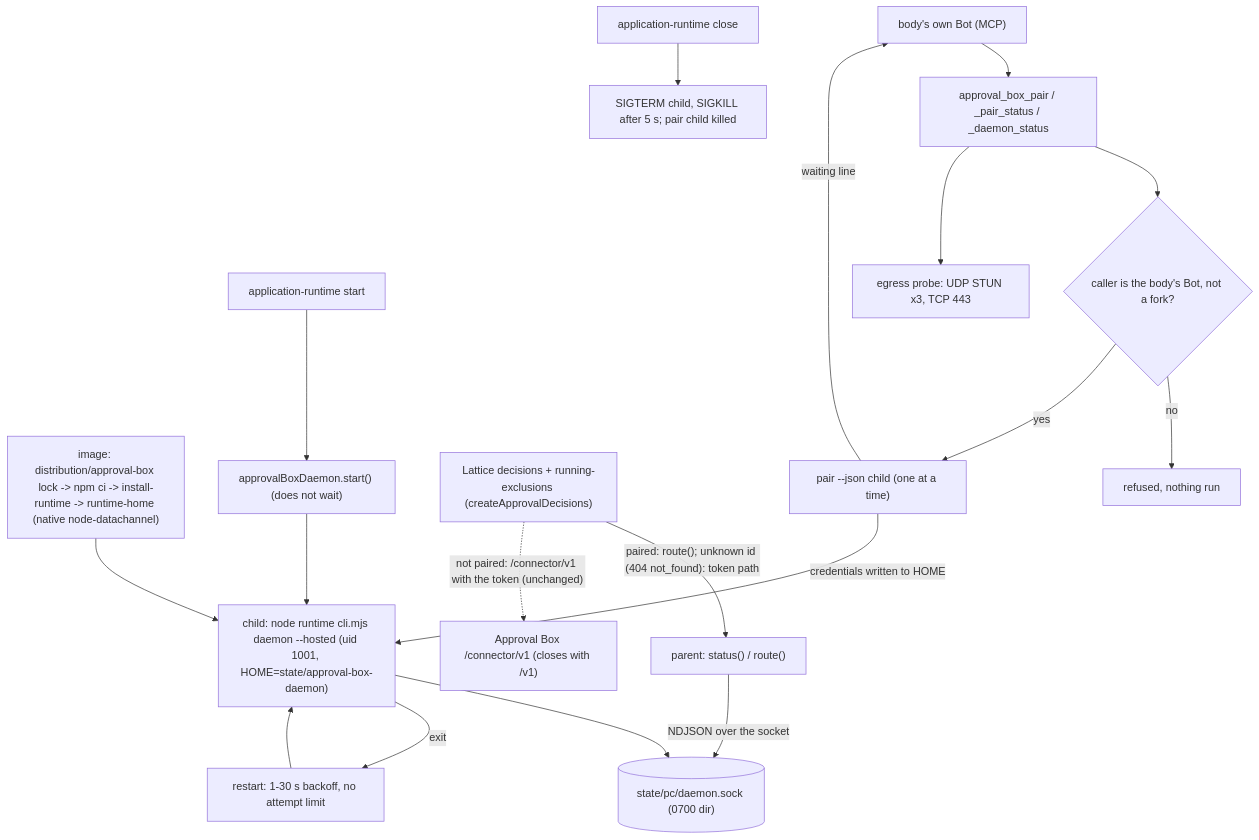
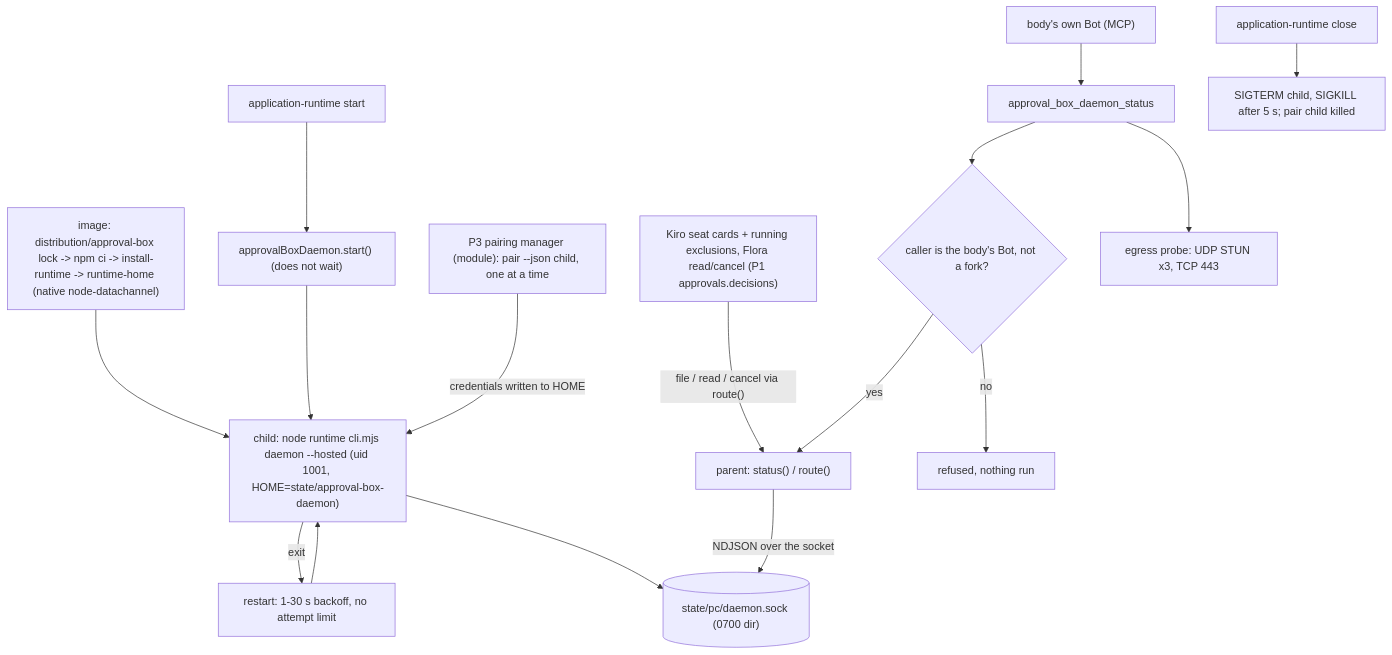
One commit to kitepon/BellTeam changed the first of 8 diagrams in docs/architecture/modules/runtime/approval-box-daemon.md. Above: the diagram before and after it, drawn with Mermaid. The commit also changed other lines of this file and 2 other files, not shown here.

First line of the commit message:
Approval Box one port, body row: retire approval_box_pair tools, runtime page follows P3 (abx-port-molly-body)

````diff
--- a/docs/architecture/modules/runtime/approval-box-daemon.md
+++ b/docs/architecture/modules/runtime/approval-box-daemon.md
@@ -19,20 +21,18 @@
 ```mermaid
 flowchart TD
   Image["image: distribution/approval-box lock -> npm ci -> install-runtime -> runtime-home (native node-datachannel)"] --> Child
   Boot["application-runtime start"] --> Start["approvalBoxDaemon.start() (does not wait)"]
   Start --> Child["child: node runtime cli.mjs daemon --hosted (uid 1001, HOME=state/approval-box-daemon)"]
   Child --> Sock[("state/pc/daemon.sock (0700 dir)")]
   Restart["restart: 1-30 s backoff, no attempt limit"] --> Child
   Child -->|exit| Restart
   Parent["parent: status() / route()"] -->|"NDJSON over the socket"| Sock
-  Readers["Lattice decisions + running-exclusions (createApprovalDecisions)"] -->|"paired: route(); unknown id (404 not_found): token path"| Parent
-  Readers -. "not paired: /connector/v1 with the token (unchanged)" .-> Legacy["Approval Box /connector/v1 (closes with /v1)"]
-  Bot["body's own Bot (MCP)"] --> Tools["approval_box_pair / _pair_status / _daemon_status"]
+  Callers["Kiro seat cards + running exclusions, Flora read/cancel (P1 approvals.decisions)"] -->|"file / read / cancel via route()"| Parent
+  P3["P3 pairing manager (module): pair --json child, one at a time"] -->|"credentials written to HOME"| Child
+  Bot["body's own Bot (MCP)"] --> Tools["approval_box_daemon_status"]
   Tools --> Allow{"caller is the body's Bot, not a fork?"}
   Allow -->|no| Refuse["refused, nothing run"]
-  Allow -->|yes| Pair["pair --json child (one at a time)"]
-  Pair -->|"waiting line"| Bot
-  Pair -->|"credentials written to HOME"| Child
+  Allow -->|yes| Parent
   Tools --> Egress["egress probe: UDP STUN x3, TCP 443"]
   Close["application-runtime close"] --> Stop["SIGTERM child, SIGKILL after 5 s; pair child killed"]
 ```
````
